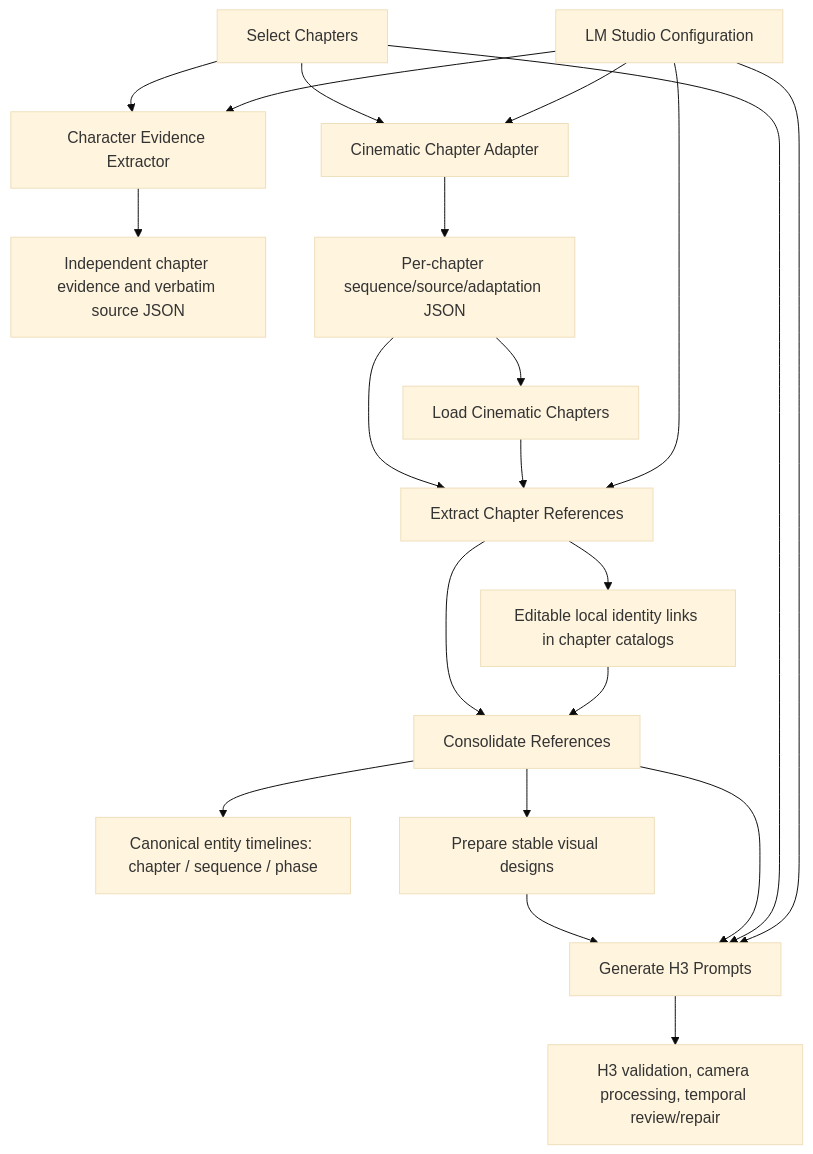
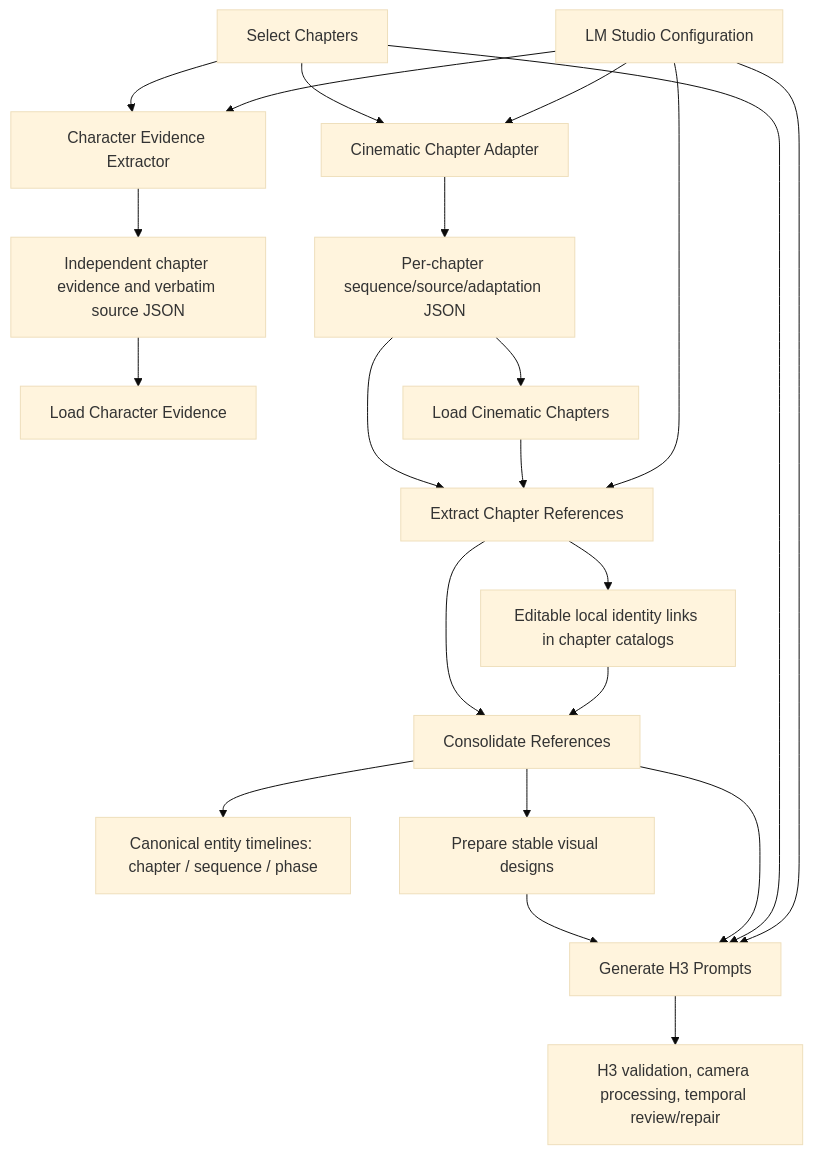
The first of 2 diagrams in docs/architecture.md (yuyuki/ComfyUI-Minimax_H3_Novel_Pipeline), drawn with Mermaid (base theme) before and after one commit. The commit also changed other lines of this file and 9 other files, not shown here.

Commit message:
Add Load Character Evidence node and related documentation; update architecture and examples to reflect new functionality; enhance tests for loading character evidence and validation.

````diff
--- a/docs/architecture.md
+++ b/docs/architecture.md
@@ -10,23 +10,24 @@
 ```mermaid
 flowchart TD
     selector["Select Chapters"] --> adapter["Cinematic Chapter Adapter"]
     config --> adapter
     selector --> evidence["Character Evidence Extractor"]
     config --> evidence
     evidence --> evidence_json["Independent chapter evidence and verbatim source JSON"]
+    evidence_json --> evidence_loader["Load Character Evidence"]
     adapter --> adapted["Per-chapter sequence/source/adaptation JSON"]
     adapted --> extract
     adapted --> loader["Load Cinematic Chapters"]
     loader --> extract
     config["LM Studio Configuration"] --> extract["Extract Chapter References"]
     extract --> consolidate["Consolidate References"]
     consolidate --> timeline["Canonical entity timelines: chapter / sequence / phase"]
     extract --> local["Editable local identity links in chapter catalogs"]
     local --> consolidate
     consolidate --> designs["Prepare stable visual designs"]
     designs --> generate["Generate H3 Prompts"]
     consolidate --> generate
     selector --> generate
     config --> generate
     generate --> review["H3 validation, camera processing, temporal review/repair"]
 ```
````
